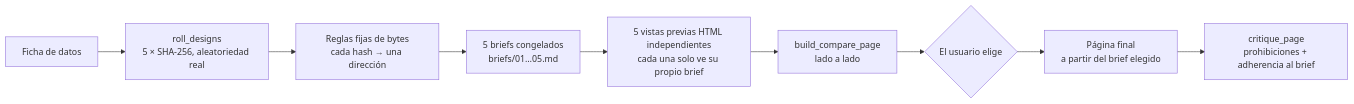
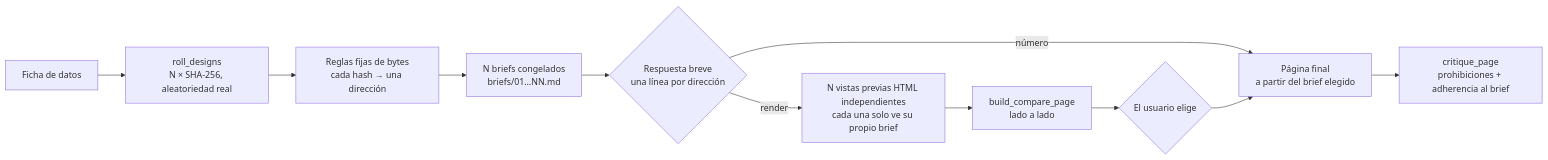
Before and after one commit to qybaihe/hash-design: the diagram in README.es.md, drawn with Mermaid. The commit also changed other lines of this file and 4 other files, not shown here.

````diff
--- a/README.es.md
+++ b/README.es.md
@@ -182,11 +224,13 @@
 ```mermaid
 flowchart LR
-  A[Ficha de datos] --> B[roll_designs<br/>5 × SHA-256, aleatoriedad real]
+  A[Ficha de datos] --> B[roll_designs<br/>N × SHA-256, aleatoriedad real]
   B --> C[Reglas fijas de bytes<br/>cada hash → una dirección]
-  C --> D[5 briefs congelados<br/>briefs/01…05.md]
-  D --> E[5 vistas previas HTML independientes<br/>cada una solo ve su propio brief]
+  C --> D[N briefs congelados<br/>briefs/01…NN.md]
+  D --> R{Respuesta breve<br/>una línea por dirección}
+  R -->|render| E[N vistas previas HTML independientes<br/>cada una solo ve su propio brief]
   E --> F[build_compare_page<br/>lado a lado]
   F --> G{El usuario elige}
+  R -->|número| H
   G --> H[Página final<br/>a partir del brief elegido]
   H --> I[critique_page<br/>prohibiciones + adherencia al brief]
 ```
````
